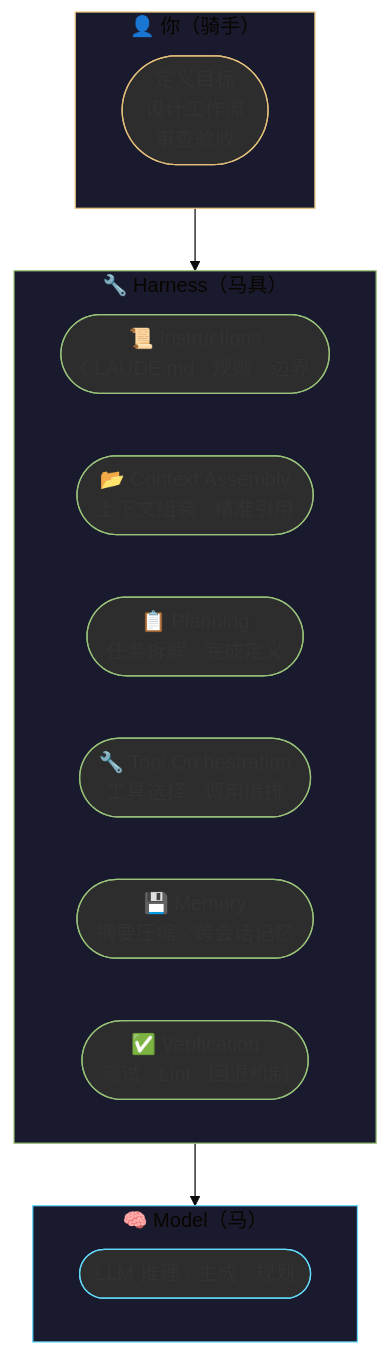
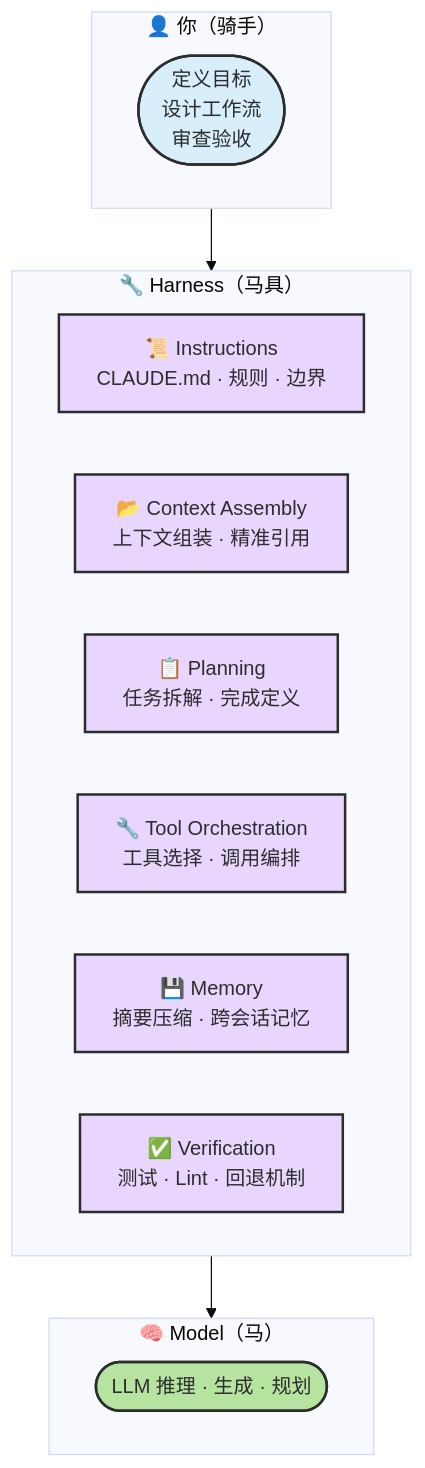
The first of 10 diagrams in docs/chapters/ch10-collaboration.md (zht043/AgenticCodingTutorial), drawn with Mermaid (base theme) before and after one commit. The commit also changed other lines of this file and 26 other files, not shown here.

````diff
--- a/docs/chapters/ch10-collaboration.md
+++ b/docs/chapters/ch10-collaboration.md
@@ -28,29 +32,25 @@
 ```mermaid
 flowchart TB
-    classDef harness fill:#2d2d2d,stroke:#98c379
-    classDef model fill:#2d2d2d,stroke:#61dafb
-    classDef you fill:#2d2d2d,stroke:#e5c07b
+    classDef harness fill:#e8d6ff,stroke:#2d2d2d,stroke-width:2px,color:#2d2d2d
+    classDef model fill:#b7e3a1,stroke:#2d2d2d,stroke-width:2px,color:#2d2d2d
+    classDef you fill:#d8eefb,stroke:#2d2d2d,stroke-width:2px,color:#2d2d2d
 
     subgraph YOU["👤 你（骑手）"]
         Y1(["定义目标<br/>设计工作流<br/>审查验收"]):::you
     end
 
     subgraph HARNESS["🔧 Harness（马具）"]
-        H1(["📜 Instructions<br/>CLAUDE.md · 规则 · 边界"]):::harness
-        H2(["📂 Context Assembly<br/>上下文组装 · 精准引用"]):::harness
-        H3(["📋 Planning<br/>任务拆解 · 完成定义"]):::harness
-        H4(["🔧 Tool Orchestration<br/>工具选择 · 调用编排"]):::harness
-        H5(["💾 Memory<br/>摘要压缩 · 跨会话记忆"]):::harness
-        H6(["✅ Verification<br/>测试 · Lint · 回退机制"]):::harness
+        H1["📜 Instructions<br/>CLAUDE.md · 规则 · 边界"]:::harness
+        H2["📂 Context Assembly<br/>上下文组装 · 精准引用"]:::harness
+        H3["📋 Planning<br/>任务拆解 · 完成定义"]:::harness
+        H4["🔧 Tool Orchestration<br/>工具选择 · 调用编排"]:::harness
+        H5["💾 Memory<br/>摘要压缩 · 跨会话记忆"]:::harness
+        H6["✅ Verification<br/>测试 · Lint · 回退机制"]:::harness
     end
 
     subgraph MODEL["🧠 Model（马）"]
         M1(["LLM 推理 · 生成 · 规划"]):::model
     end
 
     YOU --> HARNESS --> MODEL
-
-    style YOU fill:#1a1a2e,stroke:#e5c07b
-    style HARNESS fill:#1a1a2e,stroke:#98c379
-    style MODEL fill:#1a1a2e,stroke:#61dafb
 ```
````
